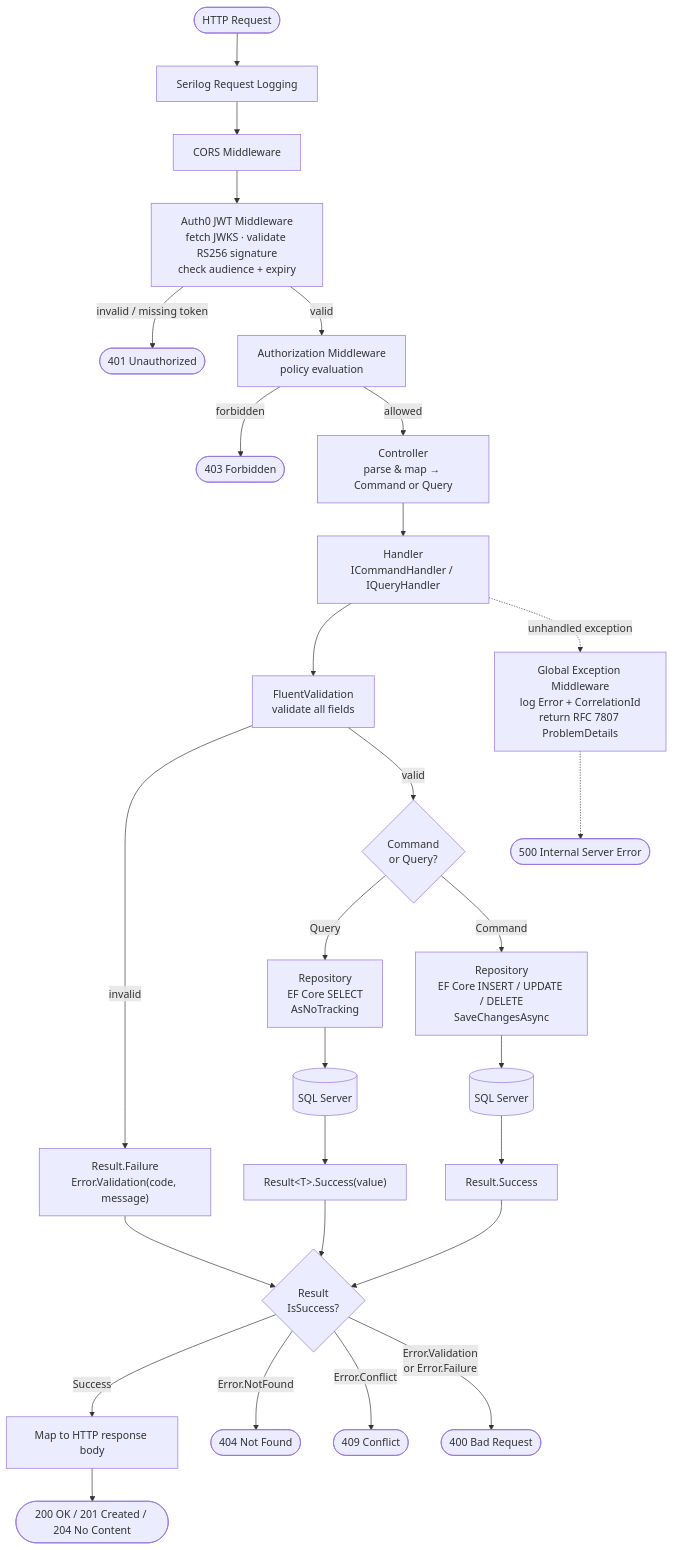
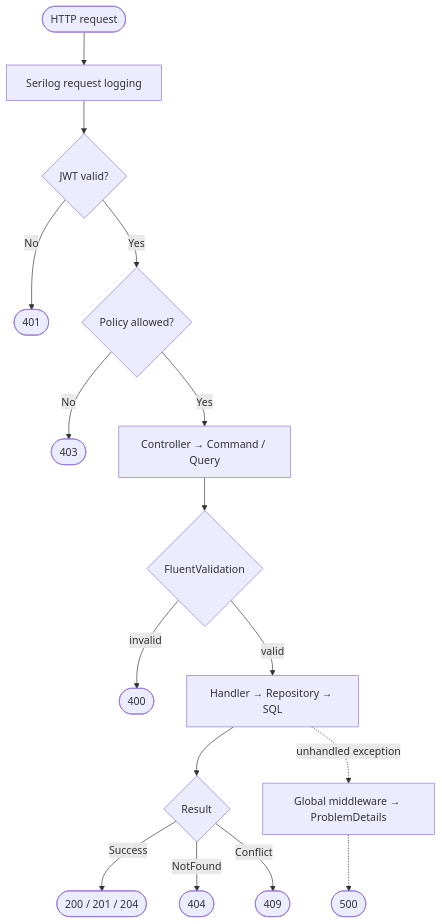
Before and after one commit to hunglu/WordBuddy: the third of 3 diagrams in docs/architecture.md, drawn with Mermaid. The commit also changed other lines of this file and 16 other files, not shown here.

````diff
--- a/docs/architecture.md
+++ b/docs/architecture.md
@@ -80,37 +43,18 @@
 ```mermaid
 flowchart TD
-    REQ([HTTP Request]) --> SRL[Serilog Request Logging]
-    SRL --> CORS[CORS Middleware]
-    CORS --> JWT[Auth0 JWT Middleware\nfetch JWKS · validate RS256 signature\ncheck audience + expiry]
-    JWT -- "invalid / missing token" --> R401([401 Unauthorized])
-    JWT -- valid --> AUTHZ[Authorization Middleware\npolicy evaluation]
-    AUTHZ -- forbidden --> R403([403 Forbidden])
-    AUTHZ -- allowed --> CTR[Controller\nparse & map → Command or Query]
-    CTR --> HNDL[Handler\nICommandHandler / IQueryHandler]
-    HNDL --> FV[FluentValidation\nvalidate all fields]
-    FV -- invalid --> VFAIL["Result.Failure\nError.Validation(code, message)"]
-    FV -- valid --> BRANCH{Command\nor Query?}
-
-    BRANCH -- Query --> QREPO["Repository\nEF Core SELECT\nAsNoTracking"]
-    QREPO --> QSQL[(SQL Server)]
-    QSQL --> QRES["Result&lt;T&gt;.Success(value)"]
-
-    BRANCH -- Command --> CREPO["Repository\nEF Core INSERT / UPDATE / DELETE\nSaveChangesAsync"]
-    CREPO --> CSQL[(SQL Server)]
-    CSQL --> CRES["Result.Success"]
-
-    QRES --> EVAL{Result\nIsSuccess?}
-    CRES --> EVAL
-    VFAIL --> EVAL
-
-    EVAL -- Success --> MAP["Map to HTTP response body"]
-    EVAL -- "Error.NotFound" --> R404([404 Not Found])
-    EVAL -- "Error.Conflict" --> R409([409 Conflict])
-    EVAL -- "Error.Validation\nor Error.Failure" --> R400([400 Bad Request])
-
-    MAP --> ROK([200 OK / 201 Created / 204 No Content])
-
-    HNDL -. "unhandled exception" .-> GEX[Global Exception Middleware\nlog Error + CorrelationId\nreturn RFC 7807 ProblemDetails]
-    GEX -.-> R500([500 Internal Server Error])
-
+    REQ([HTTP request]) --> LOG[Serilog request logging]
+    LOG --> JWT{JWT valid?}
+    JWT -- No --> R401([401])
+    JWT -- Yes --> AZ{Policy allowed?}
+    AZ -- No --> R403([403])
+    AZ -- Yes --> CTR[Controller → Command / Query]
+    CTR --> VAL{FluentValidation}
+    VAL -- invalid --> R400([400])
+    VAL -- valid --> H[Handler → Repository → SQL]
+    H --> RES{Result}
+    RES -- Success --> OK([200 / 201 / 204])
+    RES -- NotFound --> R404([404])
+    RES -- Conflict --> R409([409])
+    H -. unhandled exception .-> GEX[Global middleware → ProblemDetails]
+    GEX -.-> R500([500])
 ```
````
